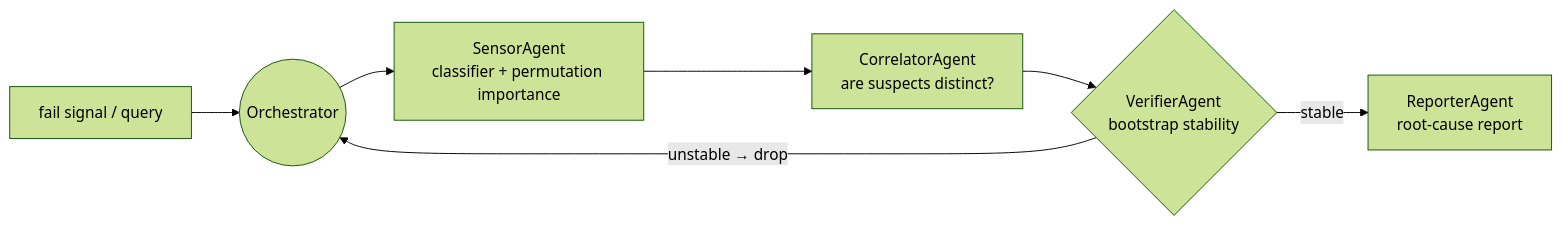
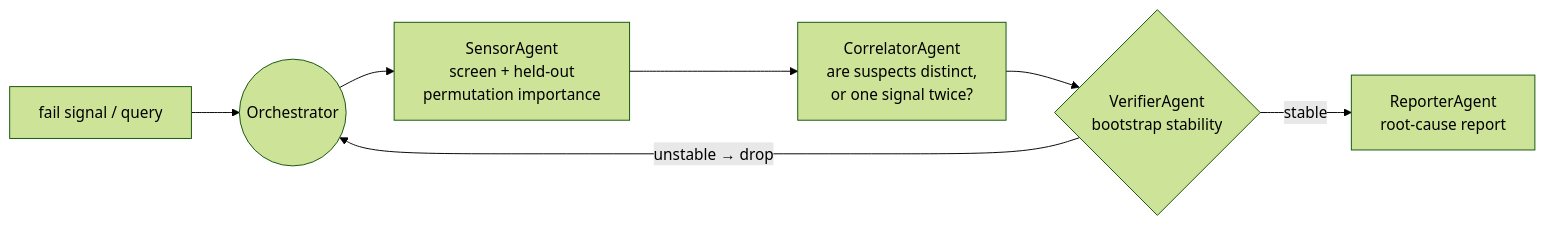
The diagram in README.md (gggg8657/yield-rca-agent), drawn with Mermaid (forest theme) before and after one commit. The commit also changed other lines of this file and 10 other files, not shown here.

````diff
--- a/README.md
+++ b/README.md
@@ -11,9 +15,9 @@
 ```mermaid
 flowchart LR
   Q["fail signal / query"] --> O((Orchestrator))
-  O --> S["SensorAgent<br/>classifier + permutation importance"]
-  S --> C["CorrelatorAgent<br/>are suspects distinct?"]
+  O --> S["SensorAgent<br/>screen + held-out<br/>permutation importance"]
+  S --> C["CorrelatorAgent<br/>are suspects distinct,<br/>or one signal twice?"]
   C --> V{"VerifierAgent<br/>bootstrap stability"}
   V -->|"unstable → drop"| O
   V -->|"stable"| R["ReporterAgent<br/>root-cause report"]
 ```
````
